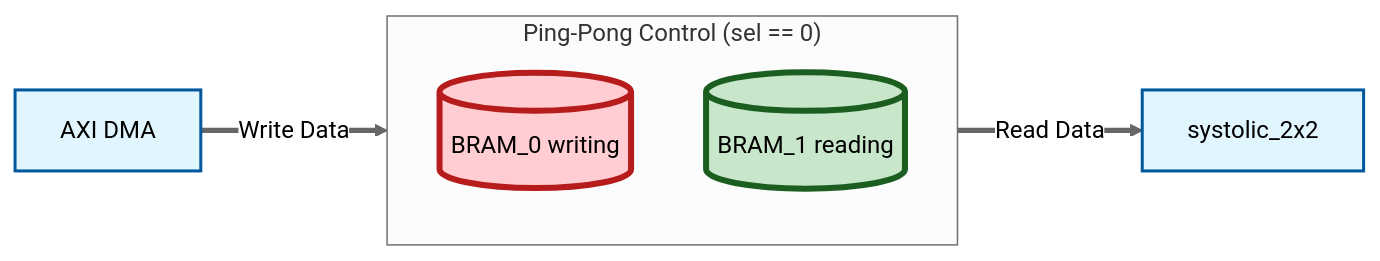
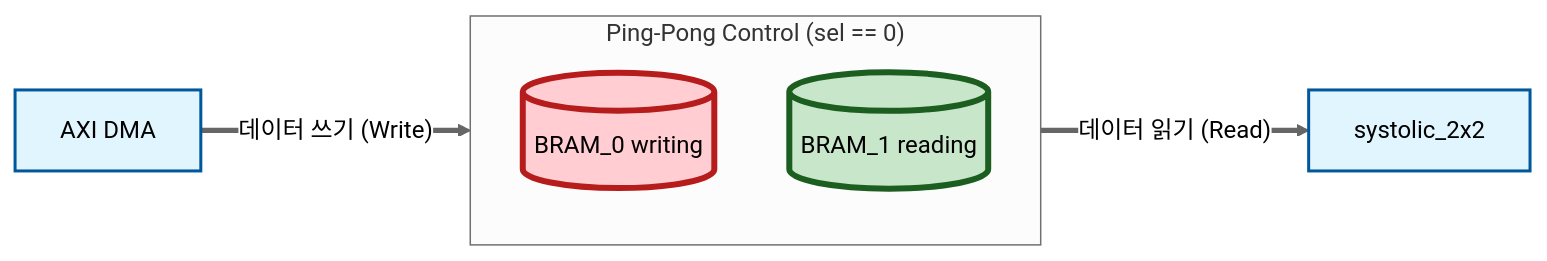
The second of 3 diagrams in Architecture/Ping-Pong_BRAM_Controller.md (hwkim-dev/NPU-FPGA-Transformer-Accelerator-KV260), drawn with Mermaid (neutral theme) before and after one commit. The commit also changed other lines of this file and 111 other files, not shown here.

````diff
--- a/Architecture/Ping-Pong_BRAM_Controller.md
+++ b/Architecture/Ping-Pong_BRAM_Controller.md
@@ -107,21 +91,21 @@
 ```mermaid
 graph LR
     DMA[AXI DMA]:::input
     SYS[systolic_2x2]:::logic
     
     subgraph "Ping-Pong Control (sel == 0)"
         direction TB
         B0[("BRAM_0 writing ")]:::activeWrite
         B1[("BRAM_1 reading")]:::activeRead
     end
 
-    %% Flow lines
-    DMA == "Write Data" ==> B0
-    B1 == "Read Data" ==> SYS
+    %% 흐름선
+    DMA == "데이터 쓰기 (Write)" ==> B0
+    B1 == "데이터 읽기 (Read)" ==> SYS
 
-    %% Style definitions
+    %% 스타일 정의
     classDef input fill:#e1f5fe,stroke:#01579b,stroke-width:2px;
     classDef logic fill:#e1f5fe,stroke:#01579b,stroke-width:2px;
     classDef activeWrite fill:#ffcdd2,stroke:#b71c1c,color:black,stroke-width:4px;
     classDef activeRead fill:#c8e6c9,stroke:#1b5e20,color:black,stroke-width:4px;
 ```
````
